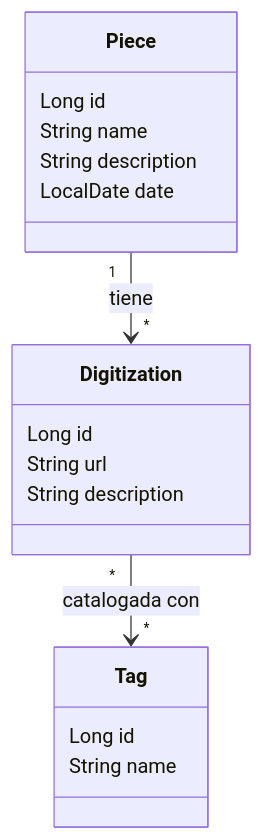
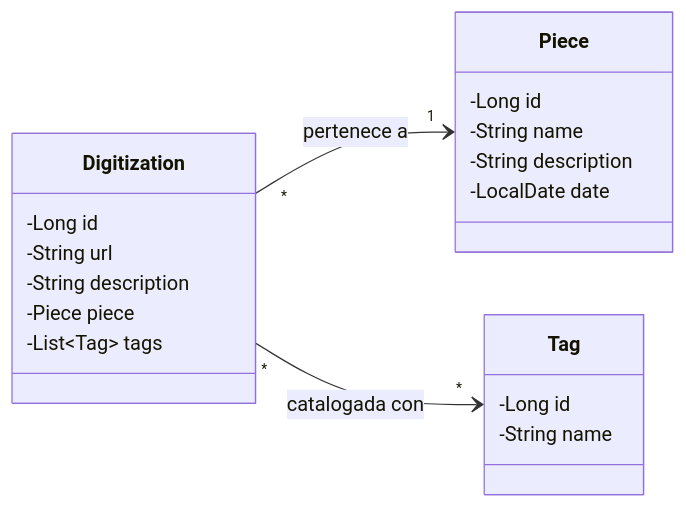
Before and after one commit to samutrejo/tp-dis-software-memoria-abierta: the diagram in docs/modelo-dominio.md, drawn with Mermaid. The commit also changed other lines of this file, not shown here.

Commit message:
DS-22 · Actualizar diagrama de clases de dominio con modelo implementado

````diff
--- a/docs/modelo-dominio.md
+++ b/docs/modelo-dominio.md
@@ -3,20 +5,26 @@
 ```mermaid
 classDiagram
-    Piece "1" --> "*" Digitization : tiene
+    direction LR
+    Digitization "*" --> "1" Piece : pertenece a
     Digitization "*" --> "*" Tag : catalogada con
+
     class Piece {
-      Long id
-      String name
-      String description
-      LocalDate date
+        -Long id
+        -String name
+        -String description
+        -LocalDate date
     }
+
     class Digitization {
-      Long id
-      String url
-      String description
+        -Long id
+        -String url
+        -String description
+        -Piece piece
+        -List~Tag~ tags
     }
+
     class Tag {
-      Long id
-      String name
+        -Long id
+        -String name
     }
 ```
````
